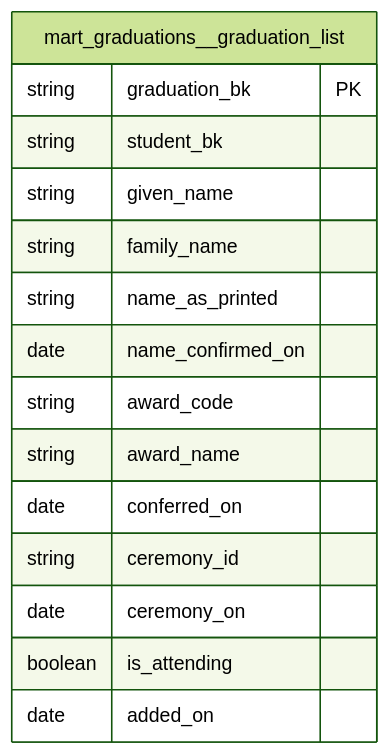
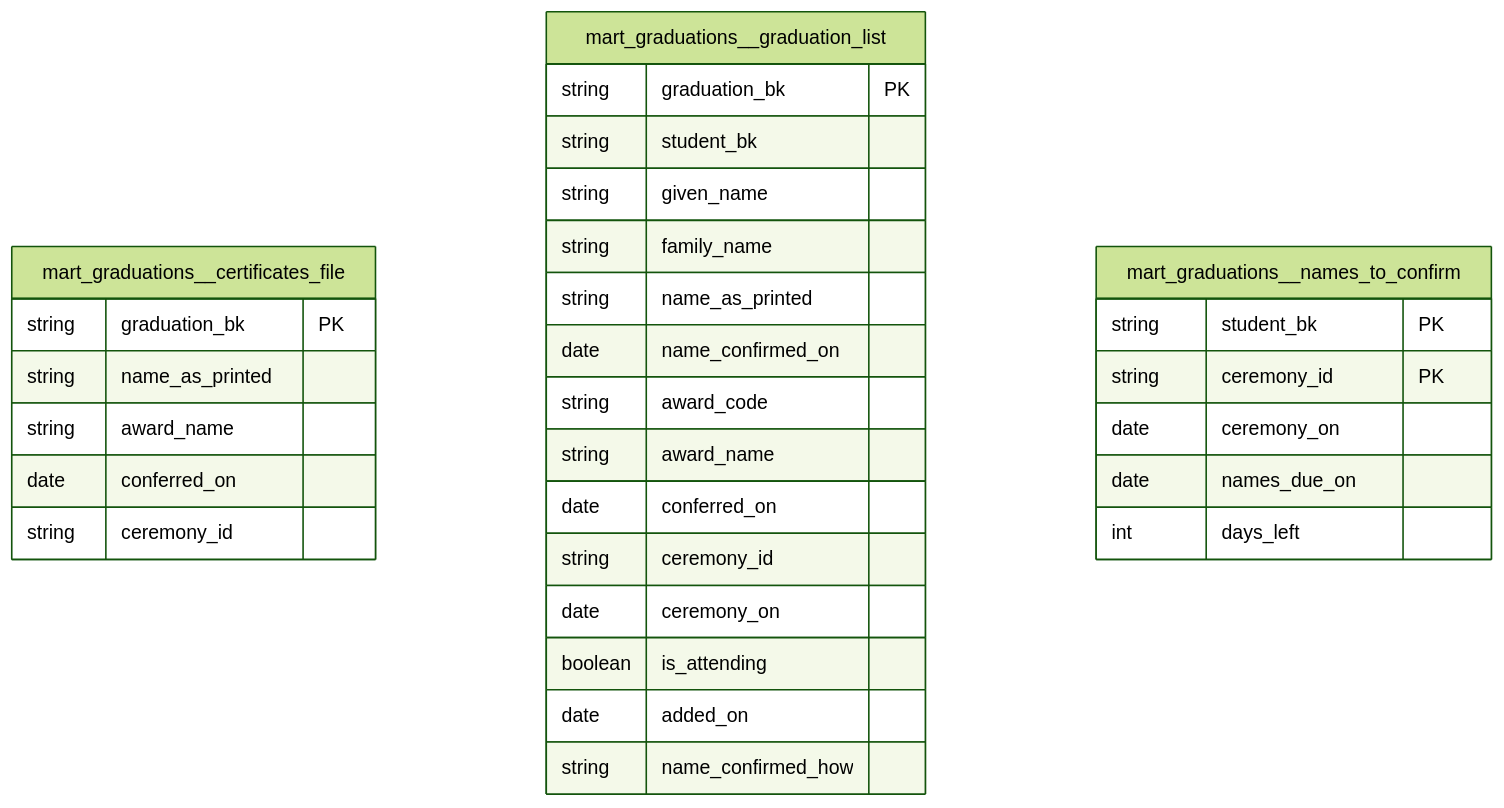
The diagram in films/analytics-engineering/project/models/marts/graduations/_graduations__physical.md (roanboc/learning-data), drawn with Mermaid (forest theme) before and after one commit. The commit also changed other lines of this file and 28 other files, not shown here.

First line of the commit message:
Read by an agent in the example project: the paper form, how each name was confirmed, and the checks Genie Code proposed

````diff
--- a/films/analytics-engineering/project/models/marts/graduations/_graduations__physical.md
+++ b/films/analytics-engineering/project/models/marts/graduations/_graduations__physical.md
@@ -7,18 +7,33 @@
 ```mermaid
 erDiagram
+    mart_graduations__certificates_file {
+        string graduation_bk PK
+        string name_as_printed
+        string award_name
+        date conferred_on
+        string ceremony_id
+    }
     mart_graduations__graduation_list {
         string graduation_bk PK
         string student_bk
         string given_name
         string family_name
         string name_as_printed
         date name_confirmed_on
         string award_code
         string award_name
         date conferred_on
         string ceremony_id
         date ceremony_on
         boolean is_attending
         date added_on
+        string name_confirmed_how
+    }
+    mart_graduations__names_to_confirm {
+        string student_bk PK
+        string ceremony_id PK
+        date ceremony_on
+        date names_due_on
+        int days_left
     }
 ```
````
